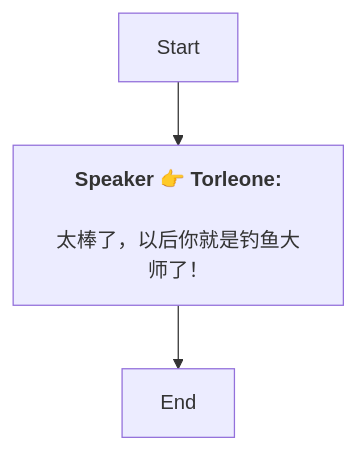
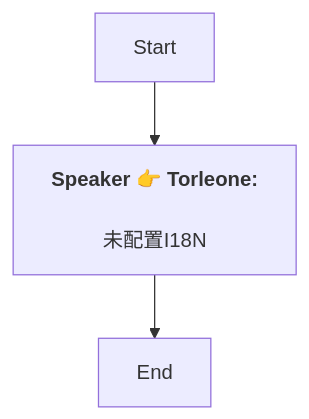
One commit to SoftHu/tos_avg changed the diagram in Zh/QuestTalkObjectiveNode_1773741043496229.md. Above: the diagram before and after it, drawn with Mermaid. The commit also changed 780 other files, not shown here.

````diff
--- a/Zh/QuestTalkObjectiveNode_1773741043496229.md
+++ b/Zh/QuestTalkObjectiveNode_1773741043496229.md
@@ -1,7 +1,7 @@
 ```mermaid
 graph
 Start -->1773741050837288[<b>Speaker 👉 Torleone:</b>
-\n太棒了，以后你就是钓鱼大师了！]
+\n未配置I18N]
 1773741050837288 -->1773741102785835[End]
 
 ```
````
